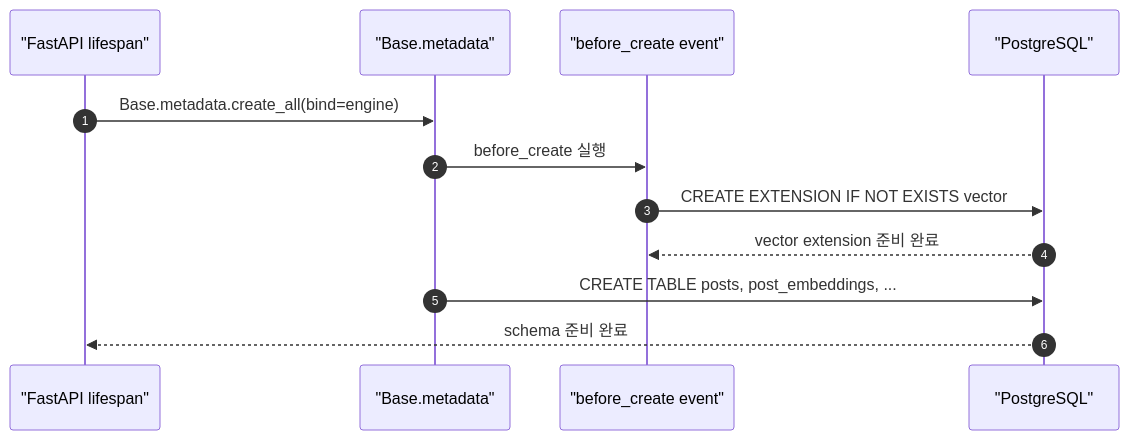
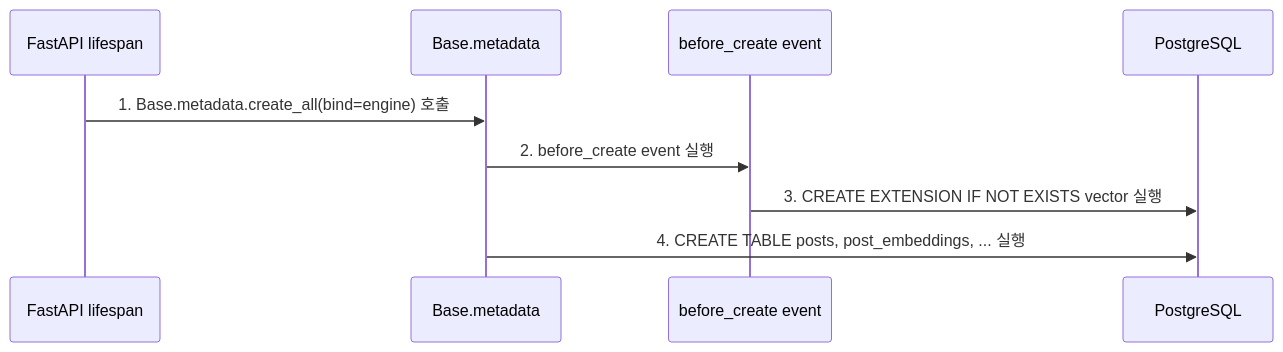
The second of 3 diagrams in docs2/sprint-6/implementation-record.md (JUNGLE-TEAM1/W16_team_sprint), drawn with Mermaid before and after one commit. The commit also changed other lines of this file and 2 other files, not shown here.

````diff
--- a/docs2/sprint-6/implementation-record.md
+++ b/docs2/sprint-6/implementation-record.md
@@ -124,15 +124,12 @@
 ```mermaid
 sequenceDiagram
-    autonumber
-    participant App as "FastAPI lifespan"
-    participant Base as "Base.metadata"
-    participant Event as "before_create event"
-    participant DB as "PostgreSQL"
+    participant App as FastAPI lifespan
+    participant Base as Base.metadata
+    participant Event as before_create event
+    participant DB as PostgreSQL
 
-    App->>Base: Base.metadata.create_all(bind=engine)
-    Base->>Event: before_create 실행
-    Event->>DB: CREATE EXTENSION IF NOT EXISTS vector
-    DB-->>Event: vector extension 준비 완료
-    Base->>DB: CREATE TABLE posts, post_embeddings, ...
-    DB-->>App: schema 준비 완료
+    App->>Base: 1. Base.metadata.create_all(bind=engine) 호출
+    Base->>Event: 2. before_create event 실행
+    Event->>DB: 3. CREATE EXTENSION IF NOT EXISTS vector 실행
+    Base->>DB: 4. CREATE TABLE posts, post_embeddings, ... 실행
 ```
````
